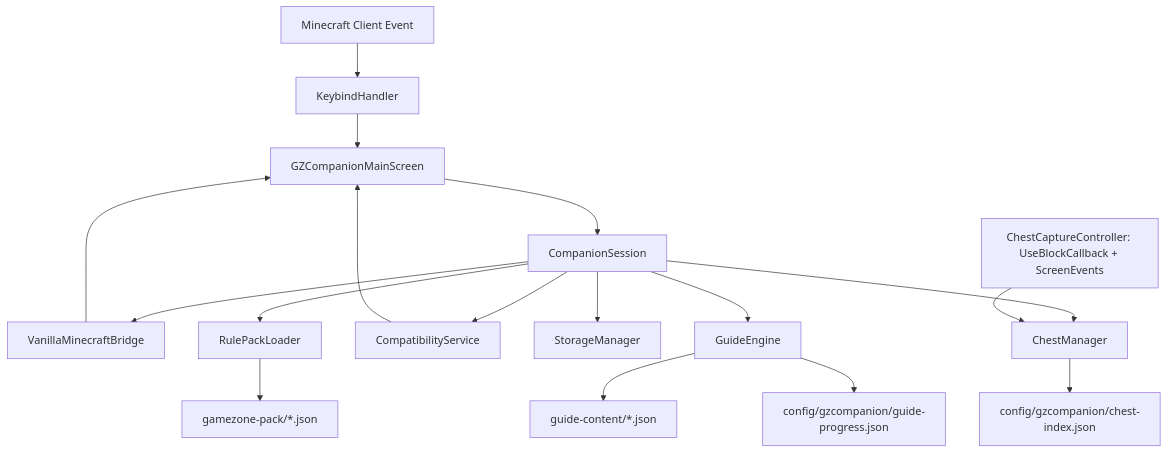
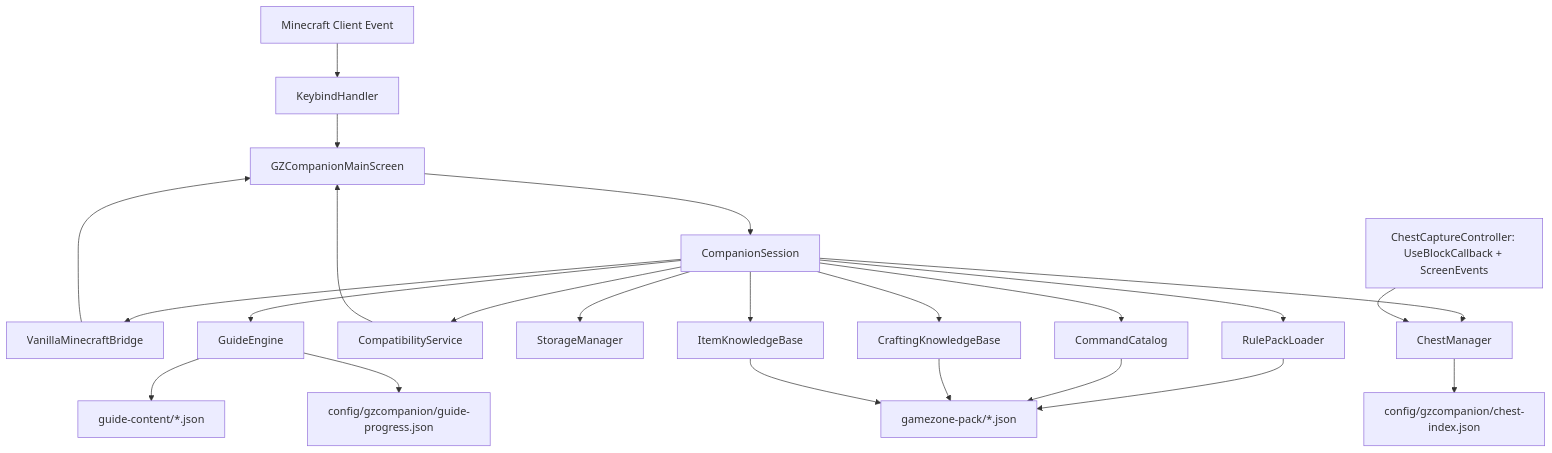
One commit to Jimmy7610/GZ-Companion changed the diagram in docs/ARCHITECTURE.md. Above: the diagram before and after it, drawn with Mermaid. The commit also changed other lines of this file and 68 other files, not shown here.

First line of the commit message:
feat: add verified GameZone knowledge base

````diff
--- a/docs/ARCHITECTURE.md
+++ b/docs/ARCHITECTURE.md
@@ -71,19 +82,25 @@
 ```mermaid
 graph TD
     A[Minecraft Client Event] --> B[KeybindHandler]
     B --> C[GZCompanionMainScreen]
     C --> D[CompanionSession]
     D --> E[VanillaMinecraftBridge]
     D --> F[RulePackLoader]
     D --> G[CompatibilityService]
     D --> H[StorageManager]
     D --> J[GuideEngine]
     D --> M[ChestManager]
+    D --> P[CommandCatalog]
+    D --> Q[CraftingKnowledgeBase]
+    D --> R[ItemKnowledgeBase]
     F --> I[gamezone-pack/*.json]
     J --> K[guide-content/*.json]
     J --> L[config/gzcompanion/guide-progress.json]
     M --> N[config/gzcompanion/chest-index.json]
     N2[ChestCaptureController: UseBlockCallback + ScreenEvents] --> M
+    P --> I
+    Q --> I
+    R --> I
     G --> C
     E --> C
 ```
````
